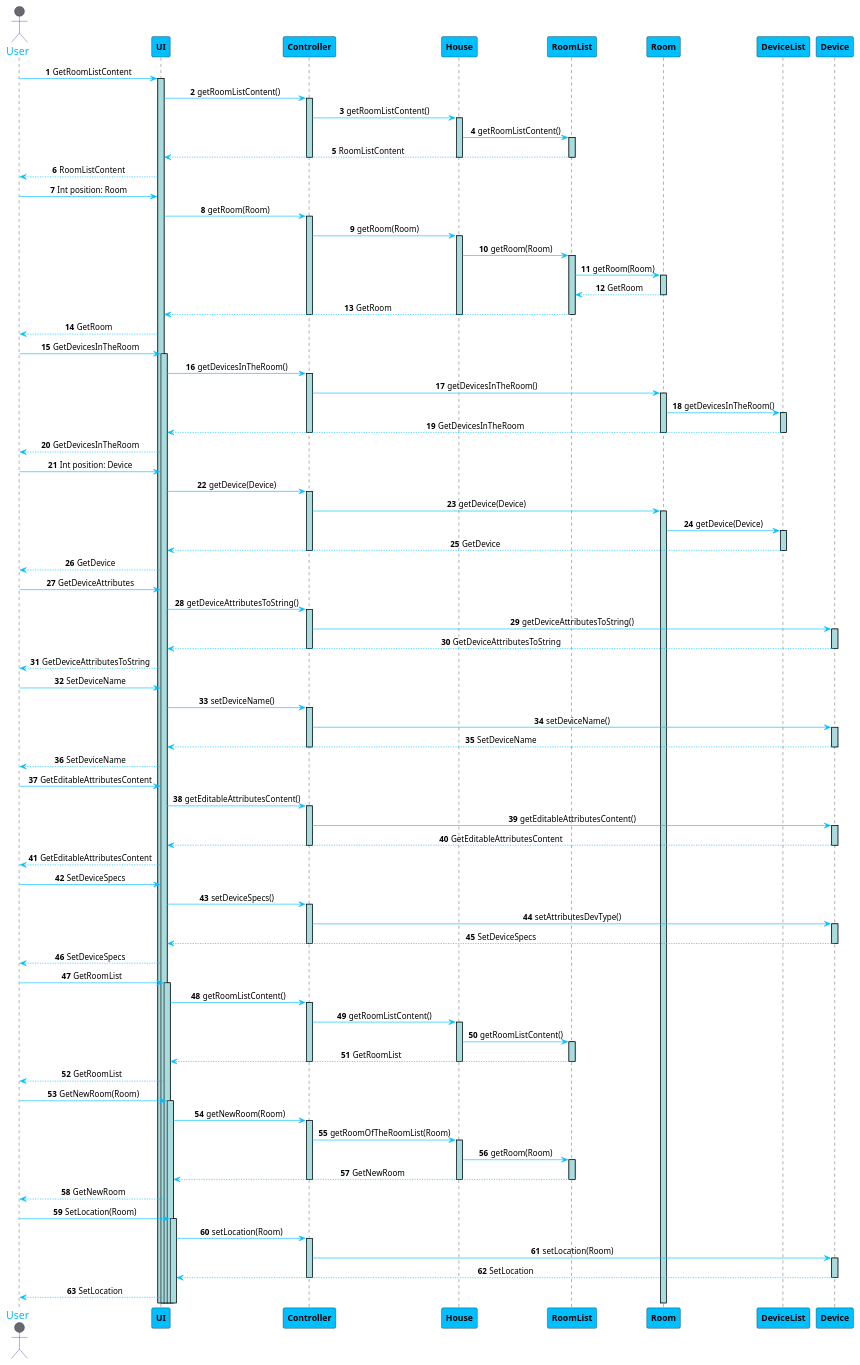
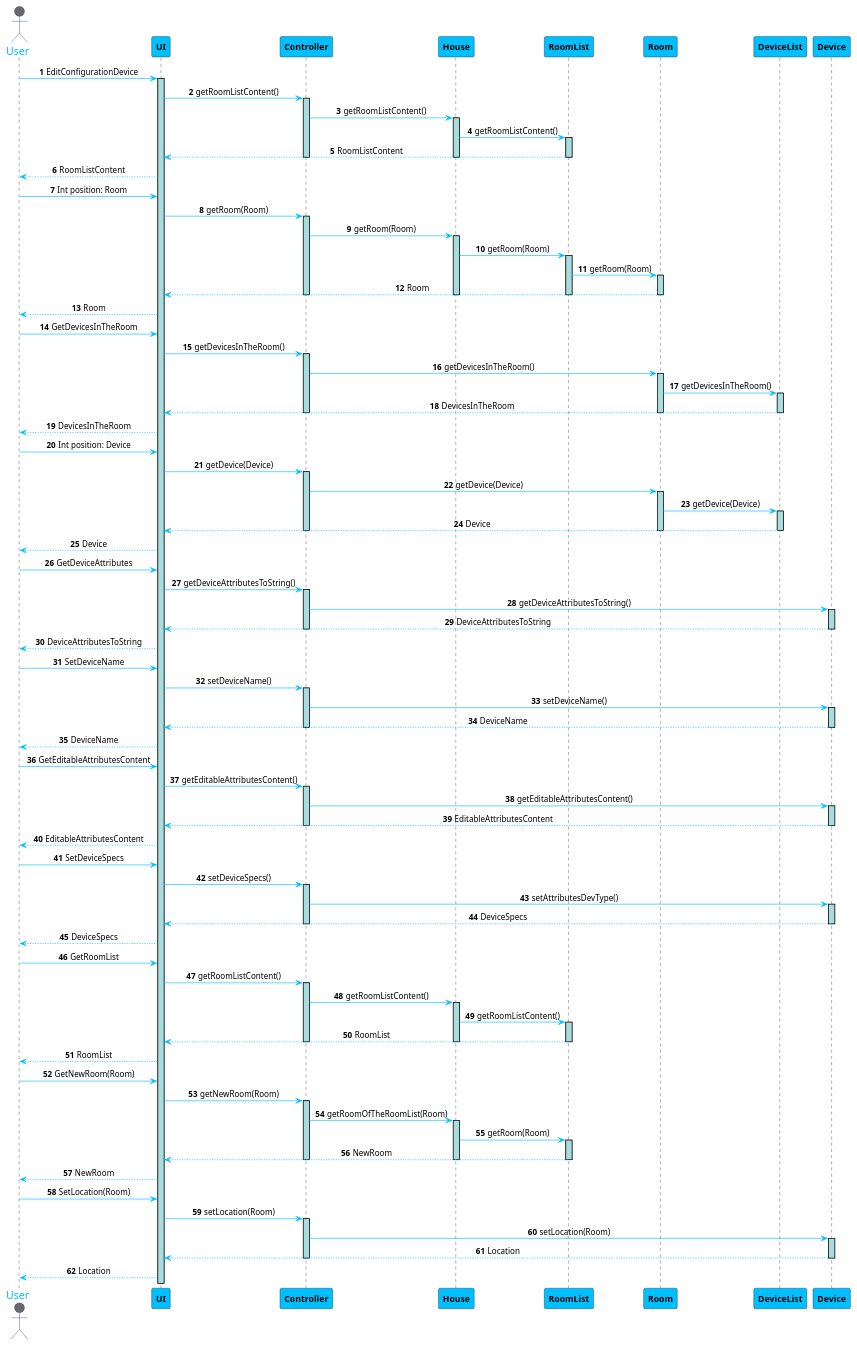
One commit to 1181687/hateoasToy changed the diagram in src/Docs/Sprint2/EditConfigurationDevice.puml. Above: the diagram before and after it, drawn with PlantUML. The commit also changed 4 other files, not shown here.

Commit message:
Changes to Sequence Diagrams

```diff
--- a/src/Docs/Sprint2/EditConfigurationDevice.puml
+++ b/src/Docs/Sprint2/EditConfigurationDevice.puml
@@ -1,158 +1,154 @@
 @startuml
 skinparam sequenceMessageAlign center
 skinparam sequence {
 	ArrowColor DeepSkyBlue
 	ActorBorderColor DarkBlue
 	LifeLineBorderColor black
 	LifeLineBackgroundColor #A9DCDF
 
 	ParticipantBorderColor Black
 	ParticipantBackgroundColor DeepSkyBlue
 	ParticipantFontStyle Bold
 
 	ActorBackgroundColor DimGrey
 	ActorFontColor DeepSkyBlue
 	ActorFontSize 17
 	ActorFontName Aapex
 }
 
 autonumber
 actor User
-User -> UI: GetRoomListContent
+User -> UI: EditConfigurationDevice
 activate UI
 UI -> Controller: getRoomListContent()
 activate Controller
 Controller -> House: getRoomListContent()
 activate House
 House -> RoomList: getRoomListContent()
 activate RoomList
 UI <-- RoomList: RoomListContent
 deactivate RoomList
 deactivate House
 deactivate Controller
 User <-- UI: RoomListContent
 
 User -> UI: Int position: Room
 UI -> Controller: getRoom(Room)
 activate Controller
 Controller -> House: getRoom(Room)
 activate House
 House -> RoomList: getRoom(Room)
 activate RoomList
 RoomList -> Room: getRoom(Room)
 activate Room
-RoomList <-- Room: GetRoom
+UI <-- Room: Room
 deactivate Room
-UI <-- RoomList: GetRoom
 deactivate RoomList
 deactivate House
 deactivate Controller
-User <-- UI: GetRoom
+User <-- UI: Room
 
 User -> UI: GetDevicesInTheRoom
-activate UI
 UI -> Controller: getDevicesInTheRoom()
 activate Controller
 Controller -> Room: getDevicesInTheRoom()
 activate Room
 Room -> DeviceList: getDevicesInTheRoom()
 activate DeviceList
-UI <-- DeviceList: GetDevicesInTheRoom
+UI <-- DeviceList: DevicesInTheRoom
 deactivate DeviceList
 deactivate Room
 deactivate Controller
-User <-- UI: GetDevicesInTheRoom
+User <-- UI: DevicesInTheRoom
 
 User -> UI: Int position: Device
 UI -> Controller: getDevice(Device)
 activate Controller
 Controller -> Room: getDevice(Device)
 activate Room
 Room -> DeviceList: getDevice(Device)
 activate DeviceList
-UI <-- DeviceList: GetDevice
+UI <-- DeviceList: Device
 deactivate DeviceList
+deactivate Room
 deactivate Controller
-User <-- UI: GetDevice
+User <-- UI: Device
 
 User -> UI: GetDeviceAttributes
 UI -> Controller: getDeviceAttributesToString()
 activate Controller
 Controller -> Device: getDeviceAttributesToString()
 activate Device
-UI <-- Device: GetDeviceAttributesToString
+UI <-- Device: DeviceAttributesToString
 deactivate Device
 deactivate Controller
-User <-- UI: GetDeviceAttributesToString
+User <-- UI: DeviceAttributesToString
 
 User -> UI: SetDeviceName
 UI -> Controller: setDeviceName()
 activate Controller
 Controller -> Device: setDeviceName()
 activate Device
-UI <-- Device: SetDeviceName
+UI <-- Device: DeviceName
 deactivate Device
 deactivate Controller
-User <-- UI: SetDeviceName
+User <-- UI: DeviceName
 
 User -> UI: GetEditableAttributesContent
 UI -> Controller: getEditableAttributesContent()
 activate Controller
 Controller -> Device: getEditableAttributesContent()
 activate Device
-UI <-- Device: GetEditableAttributesContent
+UI <-- Device: EditableAttributesContent
 deactivate Device
 deactivate Controller
-User <-- UI: GetEditableAttributesContent
+User <-- UI: EditableAttributesContent
 
 User -> UI: SetDeviceSpecs
 UI -> Controller: setDeviceSpecs()
 activate Controller
 Controller -> Device: setAttributesDevType()
 activate Device
-UI <-- Device: SetDeviceSpecs
+UI <-- Device: DeviceSpecs
 deactivate Device
 deactivate Controller
-User <-- UI: SetDeviceSpecs
+User <-- UI: DeviceSpecs
 
 User -> UI: GetRoomList
-activate UI
 UI -> Controller: getRoomListContent()
 activate Controller
 Controller -> House: getRoomListContent()
 activate House
 House -> RoomList: getRoomListContent()
 activate RoomList
-UI <-- RoomList: GetRoomList
+UI <-- RoomList: RoomList
 deactivate RoomList
 deactivate House
 deactivate Controller
-User <-- UI: GetRoomList
+User <-- UI: RoomList
 
 User -> UI: GetNewRoom(Room)
-activate UI
 UI -> Controller: getNewRoom(Room)
 activate Controller
 Controller -> House: getRoomOfTheRoomList(Room)
 activate House
 House -> RoomList: getRoom(Room)
 activate RoomList
-UI <-- RoomList: GetNewRoom
+UI <-- RoomList: NewRoom
 deactivate RoomList
 deactivate House
 deactivate Controller
-User <-- UI: GetNewRoom
+User <-- UI: NewRoom
 
 User -> UI: SetLocation(Room)
-activate UI
 UI -> Controller: setLocation(Room)
 activate Controller
 Controller -> Device: setLocation(Room)
 activate Device
-UI <-- Device: SetLocation
+UI <-- Device: Location
 deactivate Device
 deactivate House
 deactivate Controller
-User <-- UI: SetLocation
+User <-- UI: Location
 
 @enduml
```
